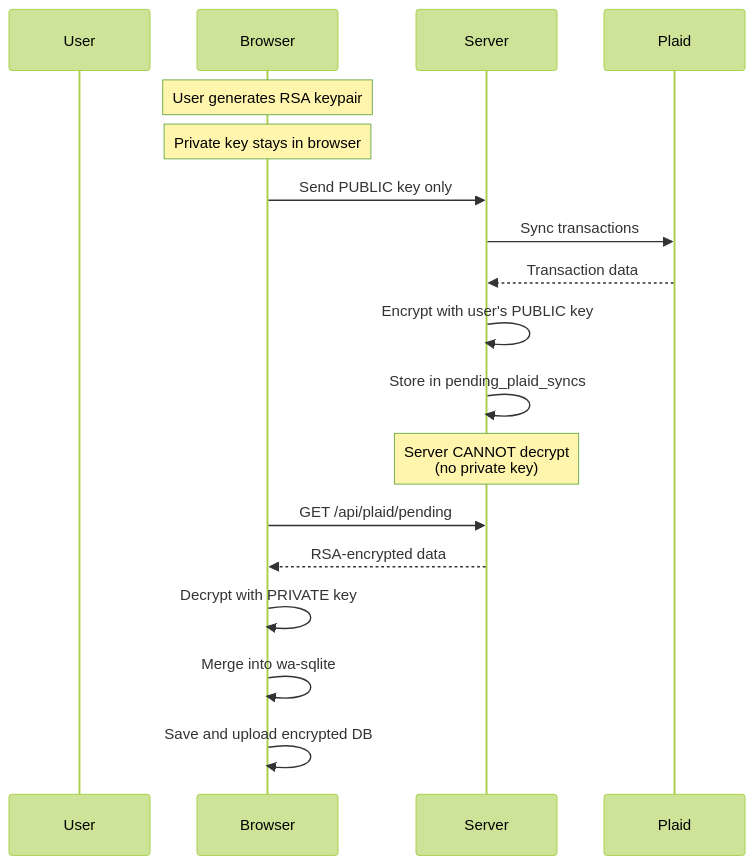
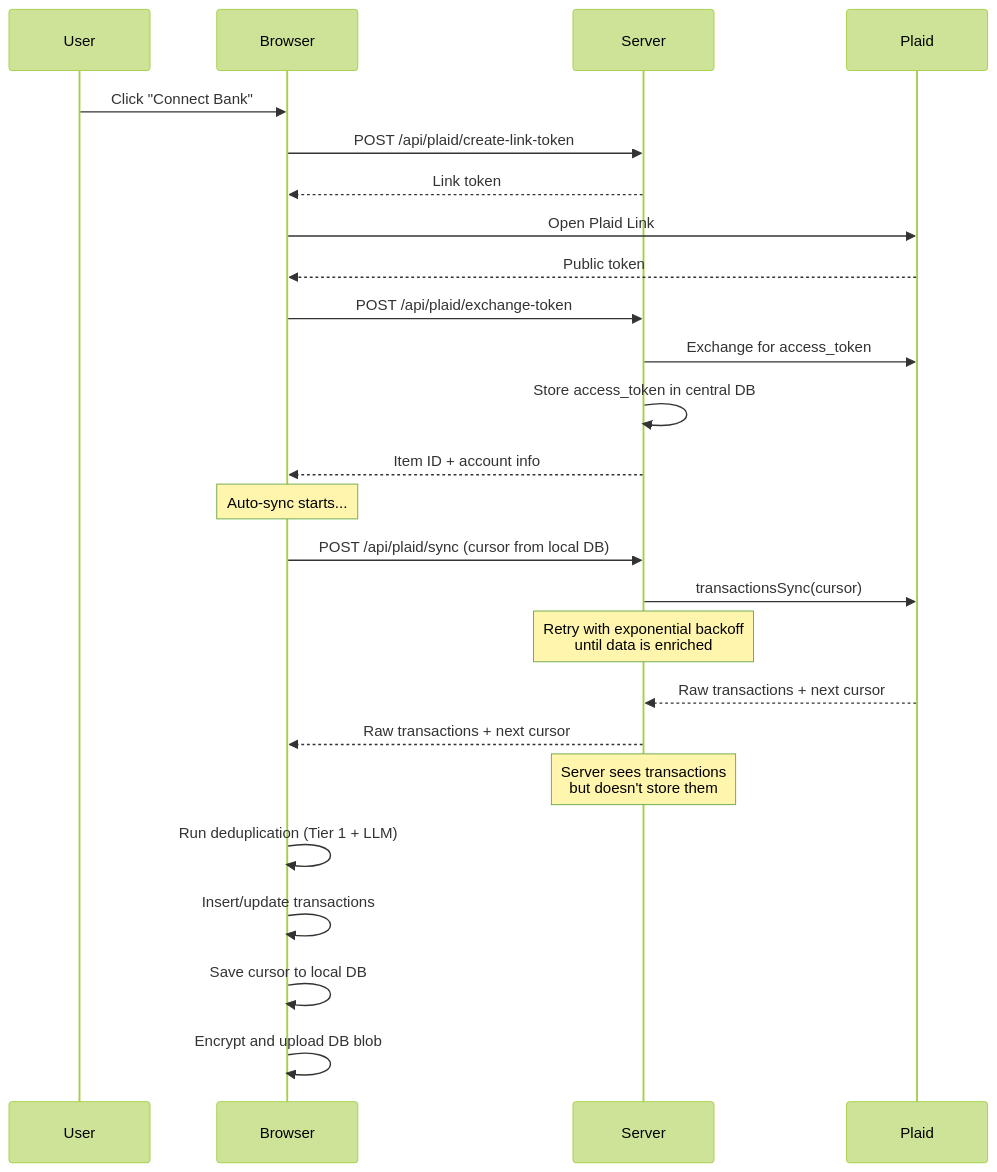
Before and after one commit to rohailaltaf/somar: the fifth of 5 diagrams in docs/architecture.md, drawn with Mermaid (forest theme). The commit also changed other lines of this file and 1 other file, not shown here.

Commit message:
update docs for new plaid sync

````diff
--- a/docs/architecture.md
+++ b/docs/architecture.md
@@ -198,25 +198,31 @@
 ```mermaid
 sequenceDiagram
     participant User
     participant Browser
     participant Server
     participant Plaid
-    
-    Note over Browser: User generates RSA keypair
-    Note over Browser: Private key stays in browser
-    Browser->>Server: Send PUBLIC key only
-    
-    Server->>Plaid: Sync transactions
-    Plaid-->>Server: Transaction data
-    
-    Server->>Server: Encrypt with user's PUBLIC key
-    Server->>Server: Store in pending_plaid_syncs
-    Note over Server: Server CANNOT decrypt<br/>(no private key)
-    
-    Browser->>Server: GET /api/plaid/pending
-    Server-->>Browser: RSA-encrypted data
-    
-    Browser->>Browser: Decrypt with PRIVATE key
-    Browser->>Browser: Merge into wa-sqlite
-    Browser->>Browser: Save and upload encrypted DB
+
+    User->>Browser: Click "Connect Bank"
+    Browser->>Server: POST /api/plaid/create-link-token
+    Server-->>Browser: Link token
+    Browser->>Plaid: Open Plaid Link
+    Plaid-->>Browser: Public token
+    Browser->>Server: POST /api/plaid/exchange-token
+    Server->>Plaid: Exchange for access_token
+    Server->>Server: Store access_token in central DB
+    Server-->>Browser: Item ID + account info
+
+    Note over Browser: Auto-sync starts...
+
+    Browser->>Server: POST /api/plaid/sync (cursor from local DB)
+    Server->>Plaid: transactionsSync(cursor)
+    Note over Server: Retry with exponential backoff<br/>until data is enriched
+    Plaid-->>Server: Raw transactions + next cursor
+    Server-->>Browser: Raw transactions + next cursor
+    Note over Server: Server sees transactions<br/>but doesn't store them
+
+    Browser->>Browser: Run deduplication (Tier 1 + LLM)
+    Browser->>Browser: Insert/update transactions
+    Browser->>Browser: Save cursor to local DB
+    Browser->>Browser: Encrypt and upload DB blob
 ```
````
